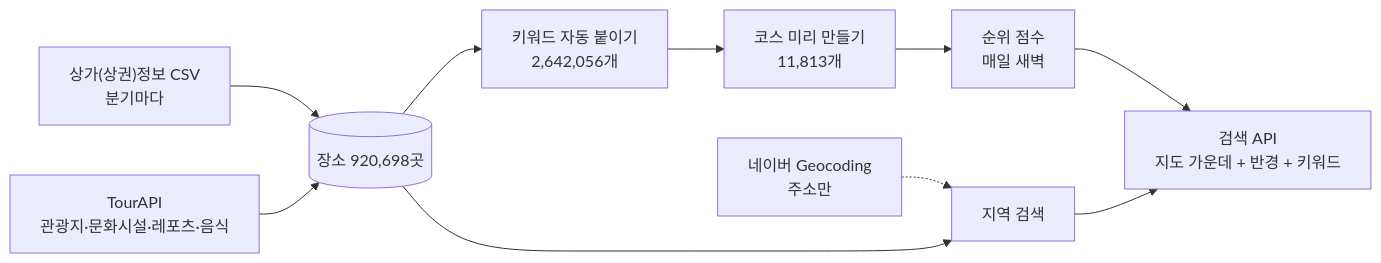
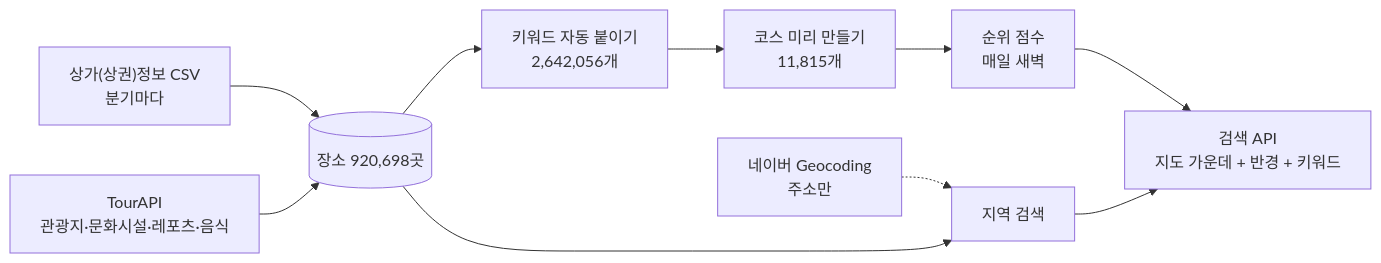
One commit to kimseongmin0301/date-course changed the diagram in docs/동작방식.md. Above: the diagram before and after it, drawn with Mermaid. The commit also changed other lines of this file and 7 other files, not shown here.

````diff
--- a/docs/동작방식.md
+++ b/docs/동작방식.md
@@ -6,12 +6,12 @@
 ```mermaid
 flowchart LR
   CSV["상가(상권)정보 CSV<br/>분기마다"] --> P[(장소 920,698곳)]
   Tour["TourAPI<br/>관광지·문화시설·레포츠·음식"] --> P
   P --> K["키워드 자동 붙이기<br/>2,642,056개"]
-  K --> C["코스 미리 만들기<br/>11,813개"]
+  K --> C["코스 미리 만들기<br/>11,815개"]
   C --> S["순위 점수<br/>매일 새벽"]
   S --> API["검색 API<br/>지도 가운데 + 반경 + 키워드"]
   Geo["네이버 Geocoding<br/>주소만"] -.-> Loc["지역 검색"]
   P --> Loc
   Loc --> API
 ```
````
